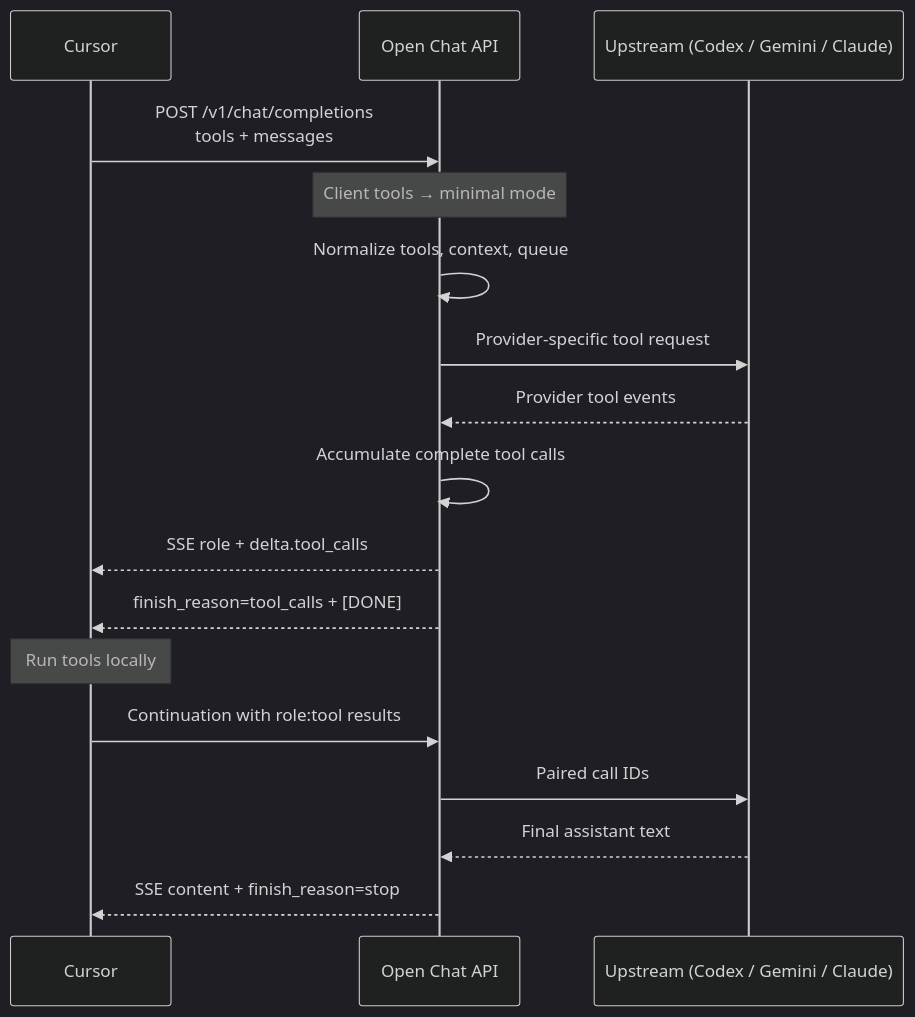
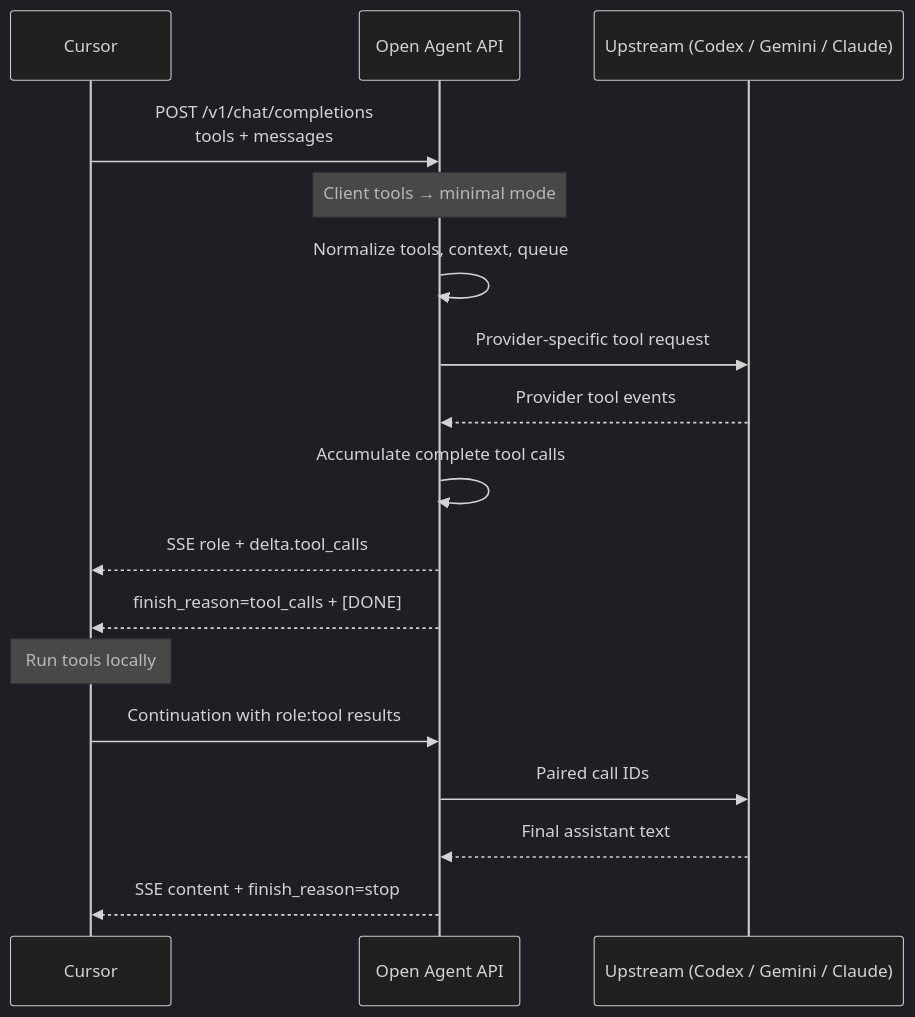
The diagram in website/docs/cursor/tool-conventions.md (teslashibe/open-agent-api), drawn with Mermaid (dark theme) before and after one commit. The commit also changed other lines of this file and 70 other files, not shown here.

First line of the commit message:
Rename product and module to Open Agent API.

````diff
--- a/website/docs/cursor/tool-conventions.md
+++ b/website/docs/cursor/tool-conventions.md
@@ -41,20 +41,20 @@
 ```mermaid
 sequenceDiagram
   participant Cursor
-  participant API as Open Chat API
+  participant API as Open Agent API
   participant Up as Upstream (Codex / Gemini / Claude)
 
   Cursor->>API: POST /v1/chat/completions<br/>tools + messages
   Note over API: Client tools → minimal mode
   API->>API: Normalize tools, context, queue
   API->>Up: Provider-specific tool request
   Up-->>API: Provider tool events
   API->>API: Accumulate complete tool calls
   API-->>Cursor: SSE role + delta.tool_calls
   API-->>Cursor: finish_reason=tool_calls + [DONE]
   Note over Cursor: Run tools locally
   Cursor->>API: Continuation with role:tool results
   API->>Up: Paired call IDs
   Up-->>API: Final assistant text
   API-->>Cursor: SSE content + finish_reason=stop
 ```
````
